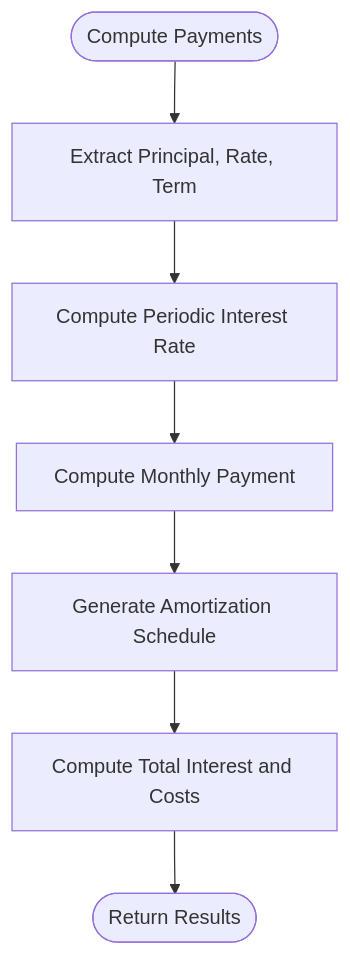
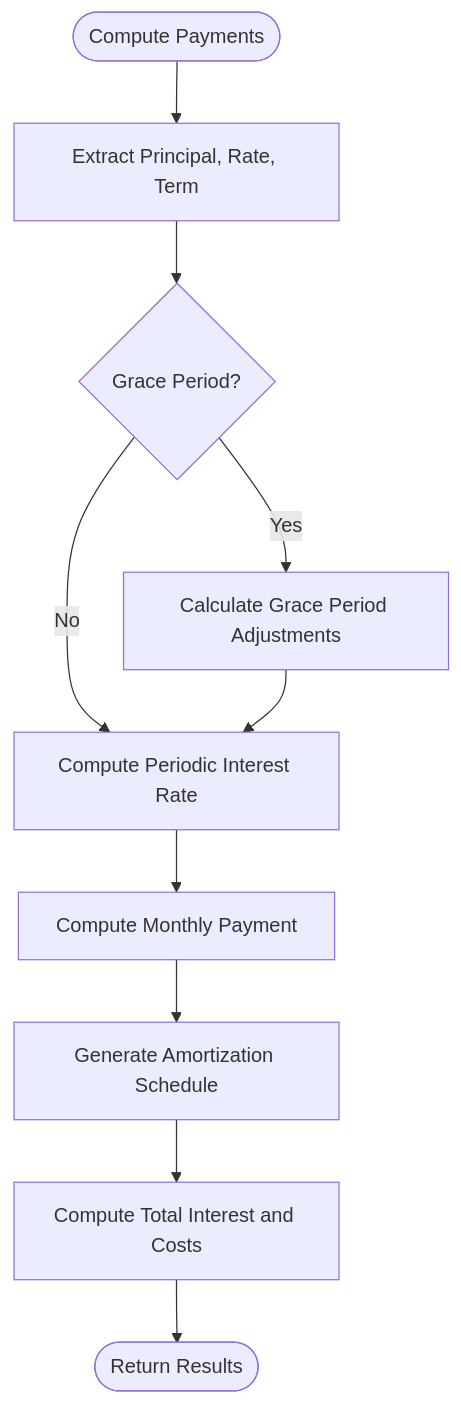
One commit to alibaba-hackathon-fsi/frontend-vaya changed diagram 11 of 13 in .qoder/repowiki/en/content/Loan Engine/Loan Engine.md. Above: the diagram before and after it, drawn with Mermaid. The commit also changed other lines of this file and 77 other files, not shown here.

````diff
--- a/.qoder/repowiki/en/content/Loan Engine/Loan Engine.md
+++ b/.qoder/repowiki/en/content/Loan Engine/Loan Engine.md
@@ -284,9 +458,12 @@
 ```mermaid
 flowchart TD
 Start(["Compute Payments"]) --> Params["Extract Principal, Rate, Term"]
-Params --> PeriodicRate["Compute Periodic Interest Rate"]
+Params --> GraceCheck{"Grace Period?"}
+GraceCheck --> |Yes| GraceCalc["Calculate Grace Period Adjustments"]
+GraceCheck --> |No| PeriodicRate["Compute Periodic Interest Rate"]
+GraceCalc --> PeriodicRate
 PeriodicRate --> MonthlyPayment["Compute Monthly Payment"]
 MonthlyPayment --> Schedule["Generate Amortization Schedule"]
 Schedule --> Totals["Compute Total Interest and Costs"]
 Totals --> Return(["Return Results"])
 ```
````
